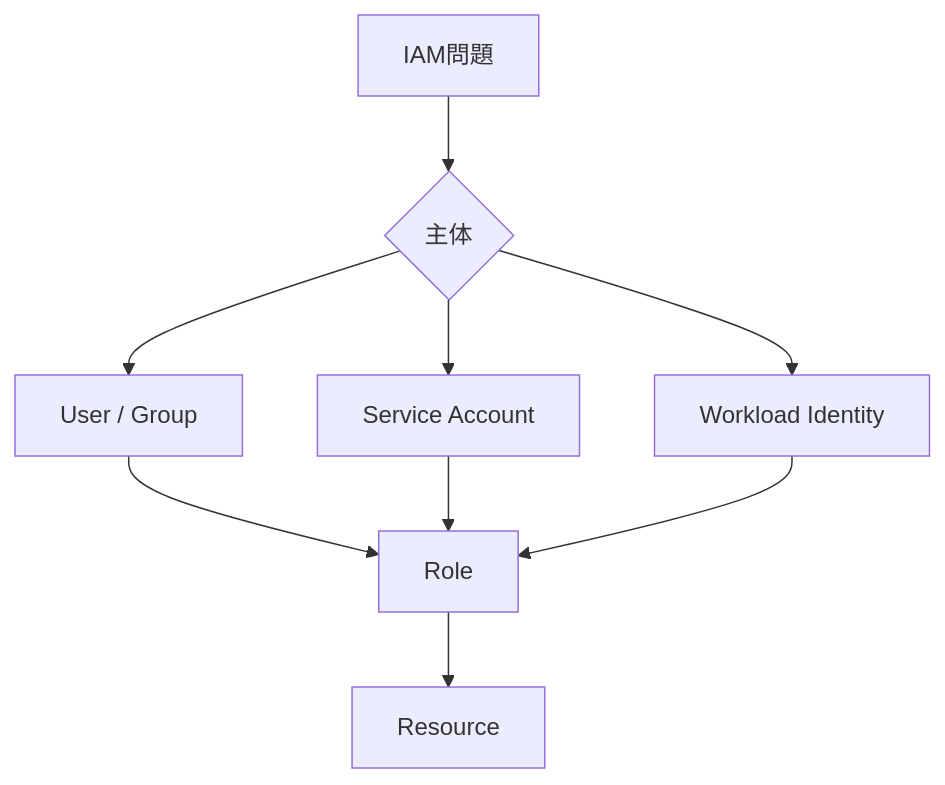
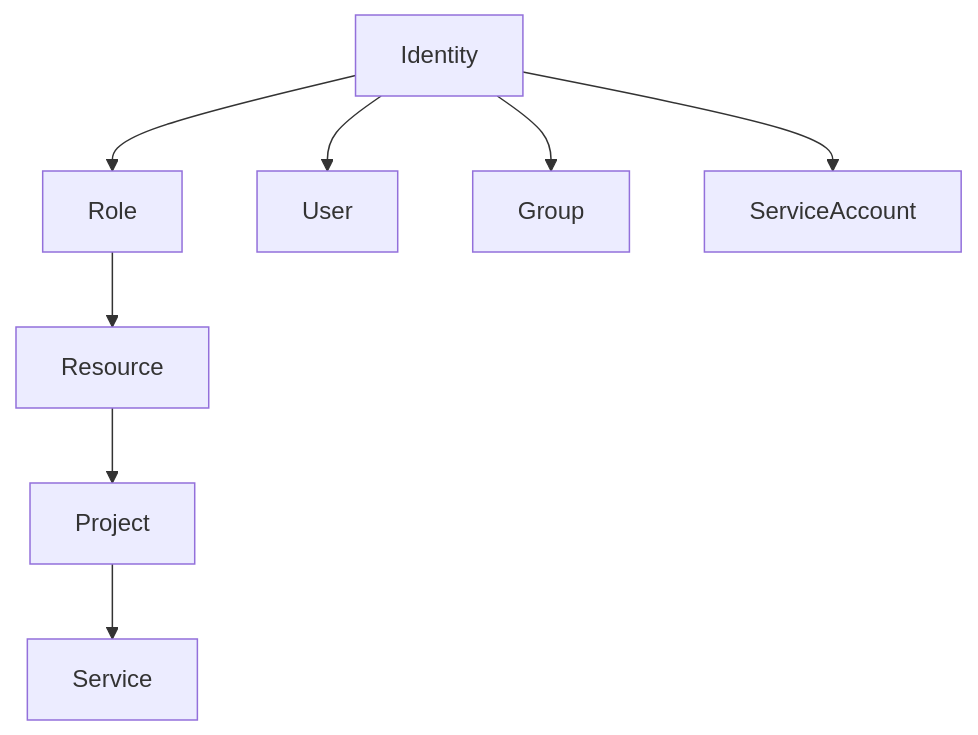
Before and after one commit to conti0513/development_public: the ninth of 10 diagrams in 06_LAB/01_GCP_ACE_HACK/sessions_ver262/01_iam.md, drawn with Mermaid. The commit also changed other lines of this file and 22 other files, not shown here.

````diff
--- a/06_LAB/01_GCP_ACE_HACK/sessions_ver262/01_iam.md
+++ b/06_LAB/01_GCP_ACE_HACK/sessions_ver262/01_iam.md
@@ -478,15 +493,12 @@
 ```mermaid
-flowchart TD
+graph TD
+Identity --> Role
+Role --> Resource
 
-Start[IAM問題] --> Who{主体}
+Identity --> User
+Identity --> Group
+Identity --> ServiceAccount
 
-Who --> Human[User / Group]
-Who --> VM[Service Account]
-Who --> Pod[Workload Identity]
-
-Human --> Role
-VM --> Role
-Pod --> Role
-
-Role --> Resource
+Resource --> Project
+Project --> Service
 ```
````
